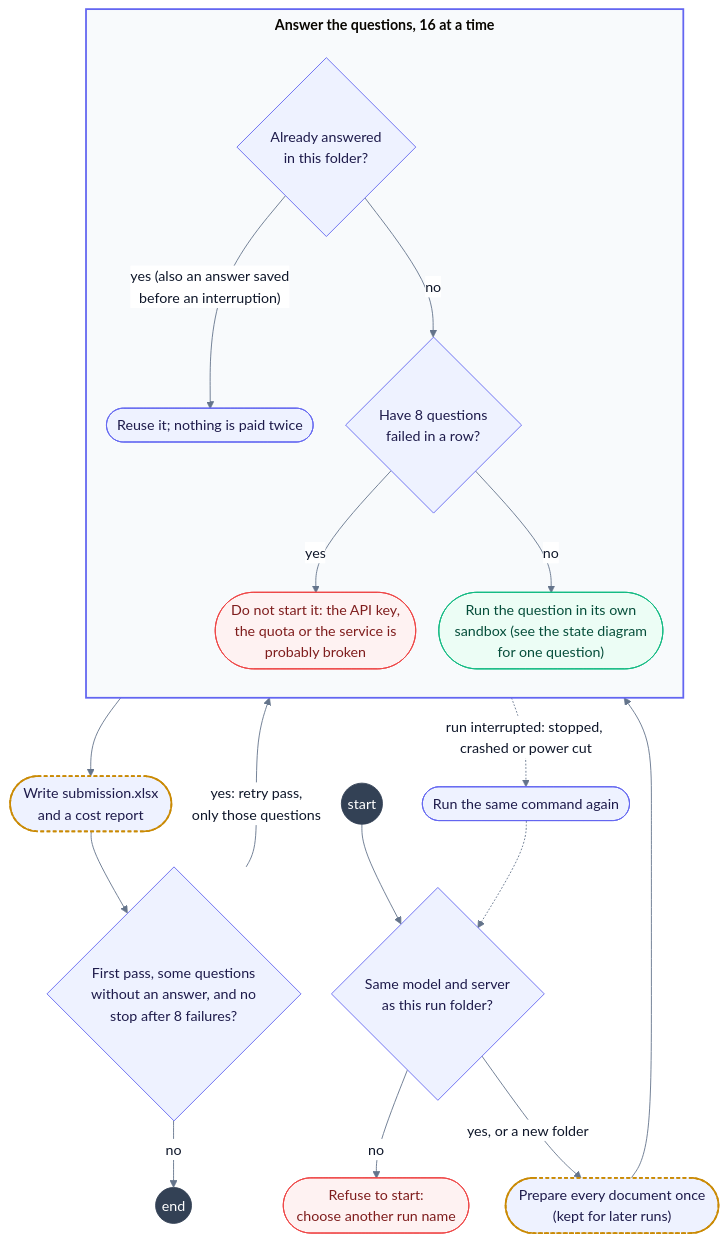
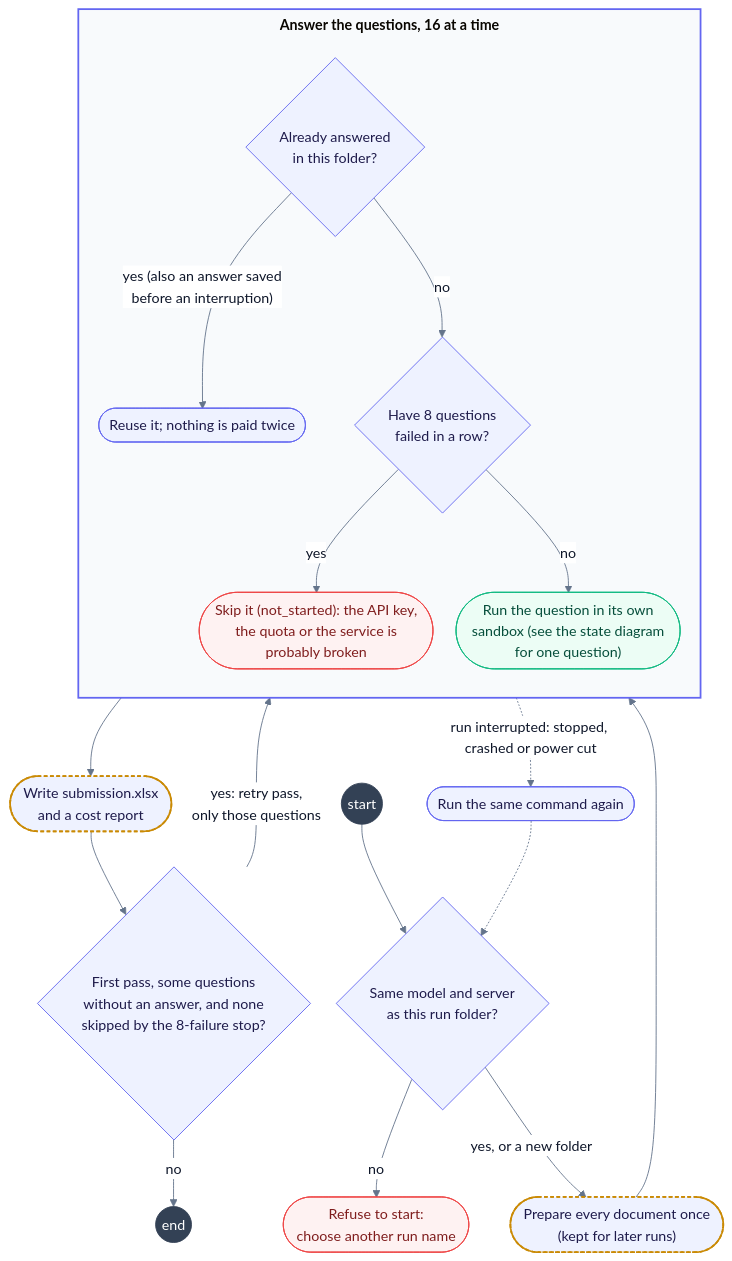
The diagram in docs/diagrams/run-states.mmd (eric15342335/AIFep-FDU.github.io), drawn with Mermaid before and after one commit. The commit also changed 10 other files, not shown here.

First line of the commit message:
Diagrams and docs: fixes from the GPT-6.2 Astra review

```diff
--- a/docs/diagrams/run-states.mmd
+++ b/docs/diagrams/run-states.mmd
@@ -1,41 +1,41 @@
 %%{init: {"theme": "base", "themeVariables": {"fontSize": "16px", "lineColor": "#64748b", "primaryTextColor": "#0f172a", "edgeLabelBackground": "#ffffff"}, "flowchart": {"nodeSpacing": 26, "rankSpacing": 40, "padding": 14, "wrappingWidth": 260, "subGraphTitleMargin": {"top": 6, "bottom": 16}}}}%%
 %% The states of a whole run (`uv run agent.py run`), around the per-question states in question-states.mmd.
 %% origin.json in the run folder records the model and server.
 %% 8 failures in a row: MAX_FAILURES_IN_A_ROW in tableqa/agent.py; one retry pass: --retries in agent.py.
 flowchart TB
     begin(("start")) --> origin{"Same model and server<br/>as this run folder?"}
     origin -- "no" --> refuse(["Refuse to start:<br/>choose another run name"])
     origin -- "yes, or a new folder" --> prepare(["Prepare every document once<br/>(kept for later runs)"])
     prepare --> ANSWER
 
     subgraph ANSWER["<b>Answer the questions, 16 at a time</b>"]
         direction TB
         lookup{"Already answered<br/>in this folder?"}
         reuse(["Reuse it; nothing is paid twice"])
         gate{"Have 8 questions<br/>failed in a row?"}
-        skip(["Do not start it: the API key,<br/>the quota or the service is<br/>probably broken"])
+        skip(["Skip it (not_started): the API key,<br/>the quota or the service is<br/>probably broken"])
         session(["Run the question in its own<br/>sandbox (see the state diagram<br/>for one question)"])
         lookup -- "yes (also an answer saved<br/>before an interruption)" --> reuse
         lookup -- "no" --> gate
         gate -- "yes" --> skip
         gate -- "no" --> session
     end
 
     ANSWER --> write(["Write submission.xlsx<br/>and a cost report"])
-    write --> more{"First pass, some questions<br/>without an answer, and no<br/>stop after 8 failures?"}
+    write --> more{"First pass, some questions<br/>without an answer, and none<br/>skipped by the 8-failure stop?"}
     more -- "yes: retry pass,<br/>only those questions" --> ANSWER
     more -- "no" --> done(("end"))
     ANSWER -. "run interrupted: stopped, crashed or power cut" .-> again(["Run the same command again"])
     again -.-> origin
 
     classDef ours fill:#eef2ff,stroke:#6366f1,color:#1e1b4b
     classDef usesBase fill:#eef2ff,stroke:#ca8a04,color:#1e1b4b,stroke-width:2px,stroke-dasharray:4 3
     classDef agent fill:#ecfdf5,stroke:#10b981,color:#064e3b
     classDef bad fill:#fef2f2,stroke:#ef4444,color:#7f1d1d
     classDef dot fill:#334155,stroke:#334155,color:#ffffff
     class origin,lookup,gate,reuse,more,again ours
     class prepare,write usesBase
     class session agent
     class refuse,skip bad
     class begin,done dot
     style ANSWER fill:#f8fafc,stroke:#6366f1,stroke-width:2px
```
